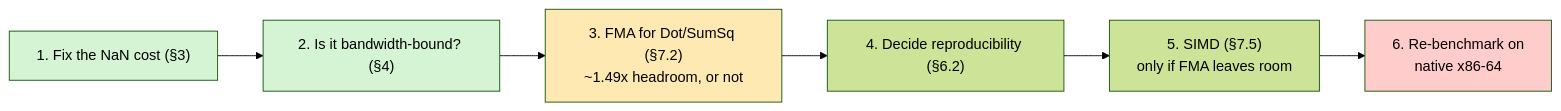
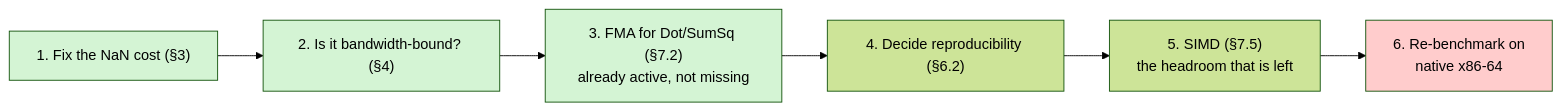
One commit to rj-raghavjoshi/numa changed the diagram in docs/next-steps.md. Above: the diagram before and after it, drawn with Mermaid (forest theme). The commit also changed other lines of this file and 4 other files, not shown here.

````diff
--- a/docs/next-steps.md
+++ b/docs/next-steps.md
@@ -193,12 +221,12 @@
 ```mermaid
 graph LR
     A["1. Fix the NaN cost (§3)"] --> B["2. Is it bandwidth-bound? (§4)"]
-    B --> C["3. FMA for Dot/SumSq (§7.2)<br/>~1.49x headroom, or not"]
+    B --> C["3. FMA for Dot/SumSq (§7.2)<br/>already active, not missing"]
     C --> D["4. Decide reproducibility (§6.2)"]
-    D --> E["5. SIMD (§7.5)<br/>only if FMA leaves room"]
+    D --> E["5. SIMD (§7.5)<br/>the headroom that is left"]
     E --> F["6. Re-benchmark on<br/>native x86-64"]
     style A fill:#d4f4d4
     style B fill:#d4f4d4
-    style C fill:#ffe9b3
+    style C fill:#d4f4d4
     style F fill:#ffcccc
 ```
````
